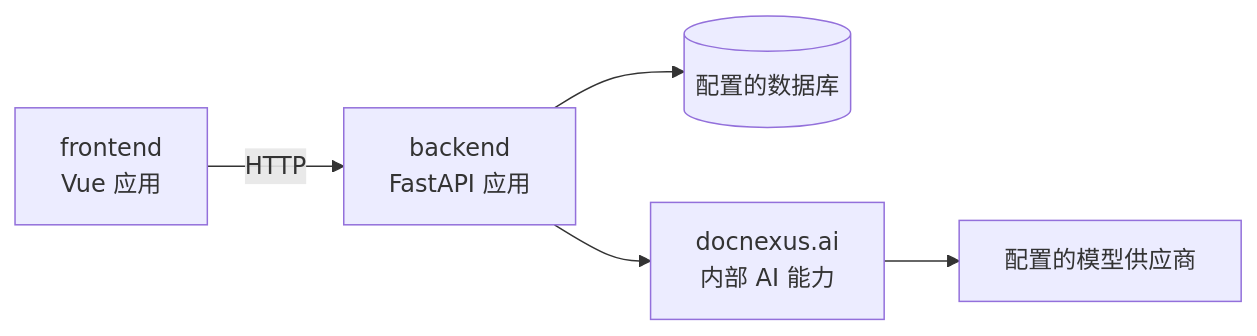
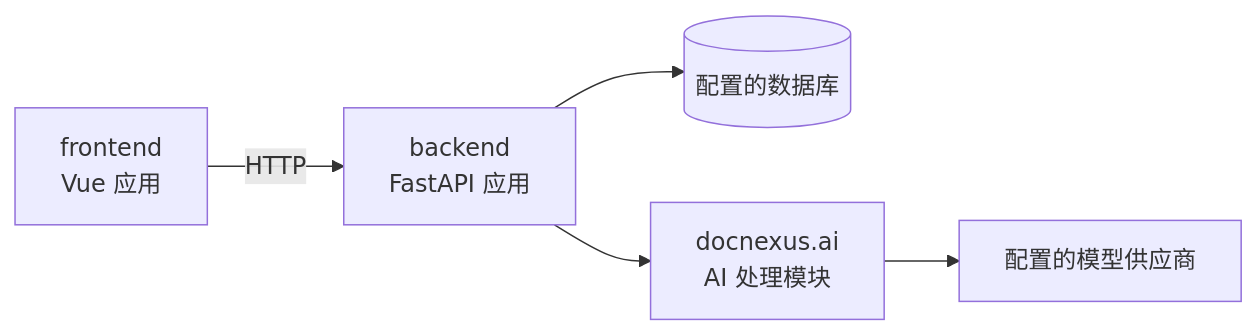
The diagram in docs/architecture/overview.md (Taylor-Lai/QuintAI), drawn with Mermaid before and after one commit. The commit also changed other lines of this file and 10 other files, not shown here.

````diff
--- a/docs/architecture/overview.md
+++ b/docs/architecture/overview.md
@@ -5,7 +5,7 @@
 ```mermaid
 flowchart LR
     Web["frontend<br/>Vue 应用"] -->|HTTP| API["backend<br/>FastAPI 应用"]
     API --> DB[("配置的数据库")]
-    API --> AI["docnexus.ai<br/>内部 AI 能力"]
+    API --> AI["docnexus.ai<br/>AI 处理模块"]
     AI --> LLM["配置的模型供应商"]
 ```
````
